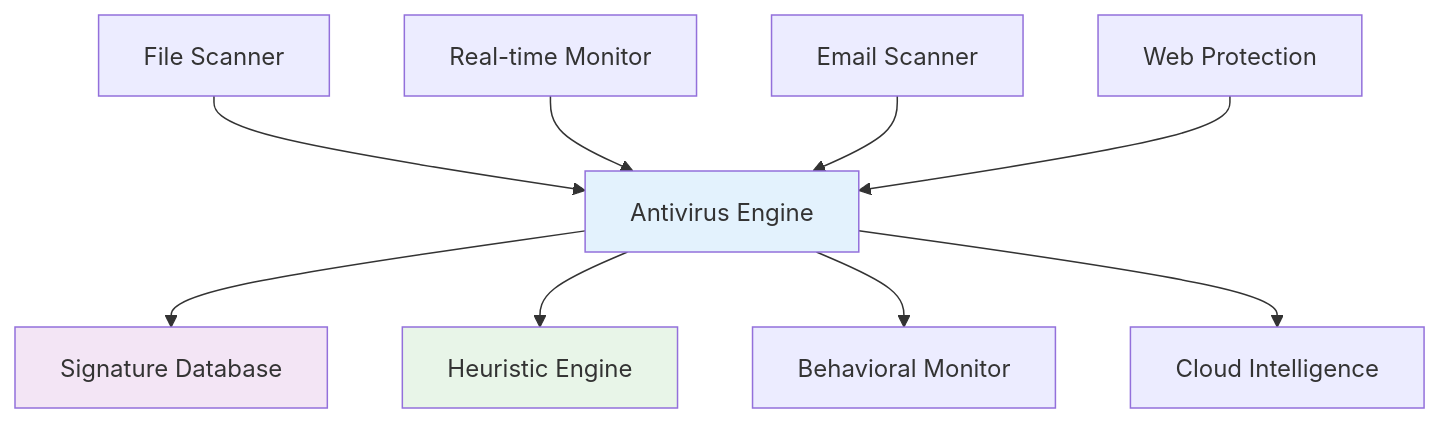
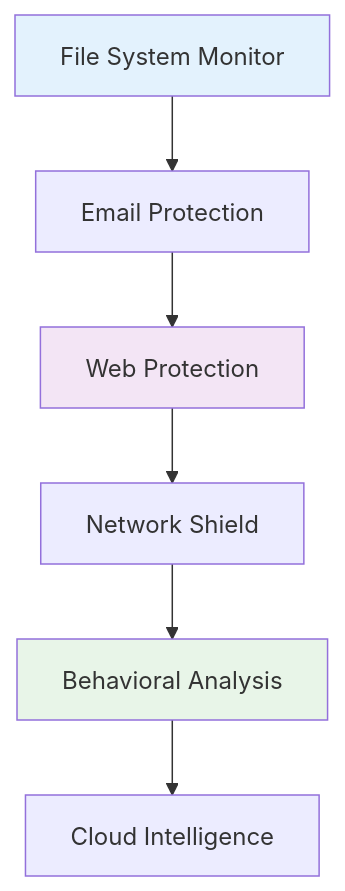
Before and after one commit to milavdabgar/studio: the first of 4 diagrams in content/resources/study-materials/32-ict/sem-5/4353204-cyber-security/slidev/13-virus-protection-mechanisms.md, drawn with Mermaid. The commit also changed other lines of this file and 18 other files, not shown here.

````diff
--- a/content/resources/study-materials/32-ict/sem-5/4353204-cyber-security/slidev/13-virus-protection-mechanisms.md
+++ b/content/resources/study-materials/32-ict/sem-5/4353204-cyber-security/slidev/13-virus-protection-mechanisms.md
@@ -60,16 +47,12 @@
 ```mermaid
 graph TB
-    A[Antivirus Engine] --> B[Signature Database]
-    A --> C[Heuristic Engine]
-    A --> D[Behavioral Monitor]
-    A --> E[Cloud Intelligence]
-    
-    F[File Scanner] --> A
-    G[Real-time Monitor] --> A
-    H[Email Scanner] --> A
-    I[Web Protection] --> A
+    A[File System Monitor] --> B[Email Protection]
+    B --> C[Web Protection]
+    C --> D[Network Shield]
+    D --> E[Behavioral Analysis]
+    E --> F[Cloud Intelligence]
     
     style A fill:#e3f2fd
-    style B fill:#f3e5f5
-    style C fill:#e8f5e8
+    style C fill:#f3e5f5
+    style E fill:#e8f5e8
 ```
````
